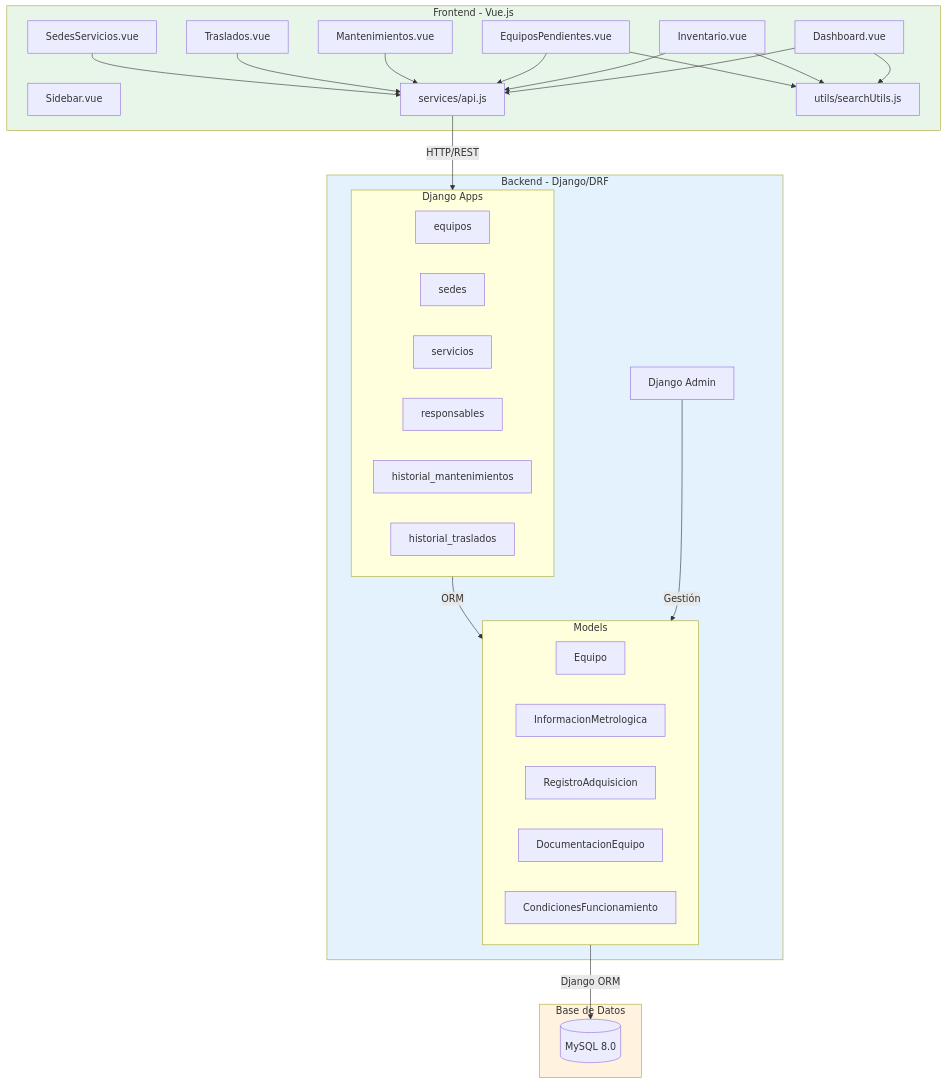
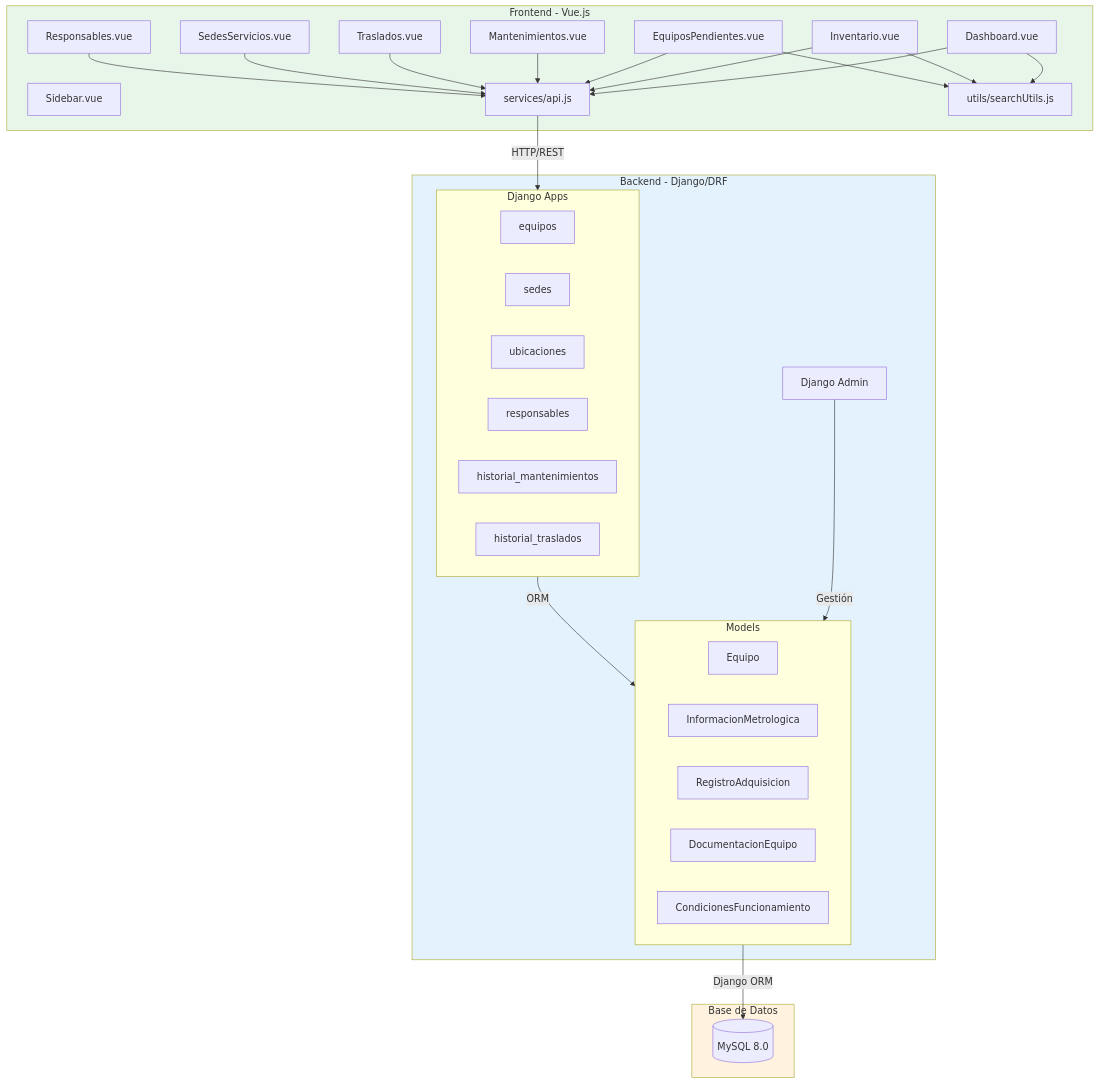
The second of 5 diagrams in DIAGRAMA_UML.md (2jcortesj2/Proyecto-LIME), drawn with Mermaid before and after one commit. The commit also changed other lines of this file and 1 other file, not shown here.

Commit message:
docs: update UML

````diff
--- a/DIAGRAMA_UML.md
+++ b/DIAGRAMA_UML.md
@@ -163,61 +165,63 @@
 ```mermaid
 flowchart TB
     subgraph Frontend["Frontend - Vue.js"]
         Dashboard[Dashboard.vue]
         Inventario[Inventario.vue]
         Pendientes[EquiposPendientes.vue]
         Mantenimientos[Mantenimientos.vue]
         Traslados[Traslados.vue]
-        SedesServ[SedesServicios.vue]
+        SedesUbic[SedesServicios.vue]
+        Responsables[Responsables.vue]
         Sidebar[Sidebar.vue]
         
         API[services/api.js]
         Utils[utils/searchUtils.js]
     end
     
     subgraph Backend["Backend - Django/DRF"]
         subgraph Apps["Django Apps"]
             AppEquipos[equipos]
             AppSedes[sedes]
-            AppServicios[servicios]
+            AppUbicaciones[ubicaciones]
             AppResp[responsables]
             AppMant[historial_mantenimientos]
             AppTrasl[historial_traslados]
         end
         
         subgraph Models["Models"]
             EquipoModel[Equipo]
             InfoMet[InformacionMetrologica]
             RegAdq[RegistroAdquisicion]
             Doc[DocumentacionEquipo]
             Cond[CondicionesFuncionamiento]
         end
         
         Admin[Django Admin]
     end
     
     subgraph Database["Base de Datos"]
         MySQL[(MySQL 8.0)]
     end
     
     Dashboard --> API
     Inventario --> API
     Pendientes --> API
     Mantenimientos --> API
     Traslados --> API
-    SedesServ --> API
+    SedesUbic --> API
+    Responsables --> API
     
     Dashboard --> Utils
     Inventario --> Utils
     Pendientes --> Utils
     
     API -->|HTTP/REST| Apps
     
     Admin -->|Gestión| Models
     Apps -->|ORM| Models
     Models -->|Django ORM| MySQL
     
     style Frontend fill:#e8f5e9
     style Backend fill:#e3f2fd
     style Database fill:#fff3e0
 ```
````
